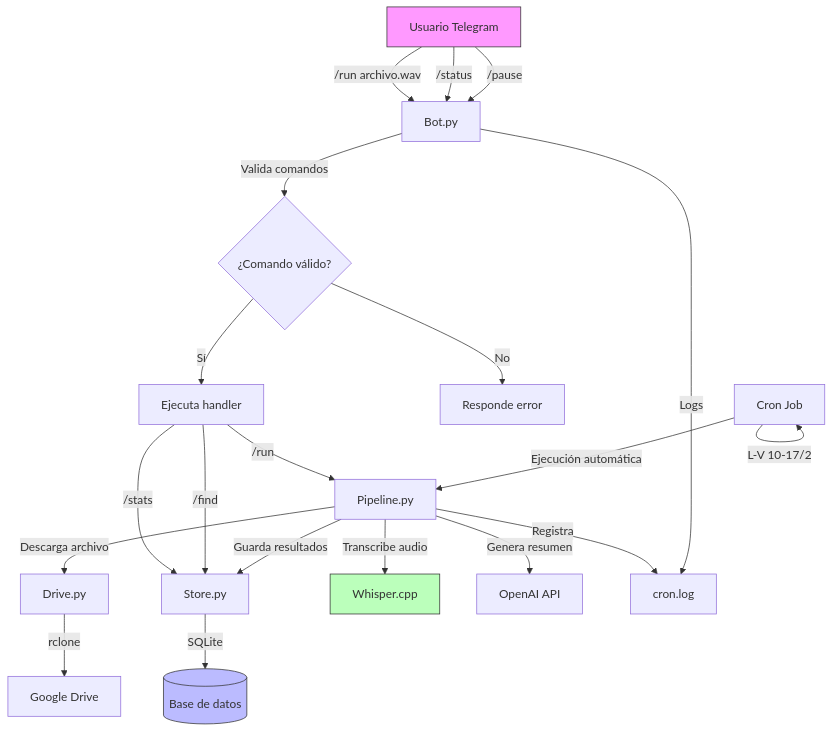
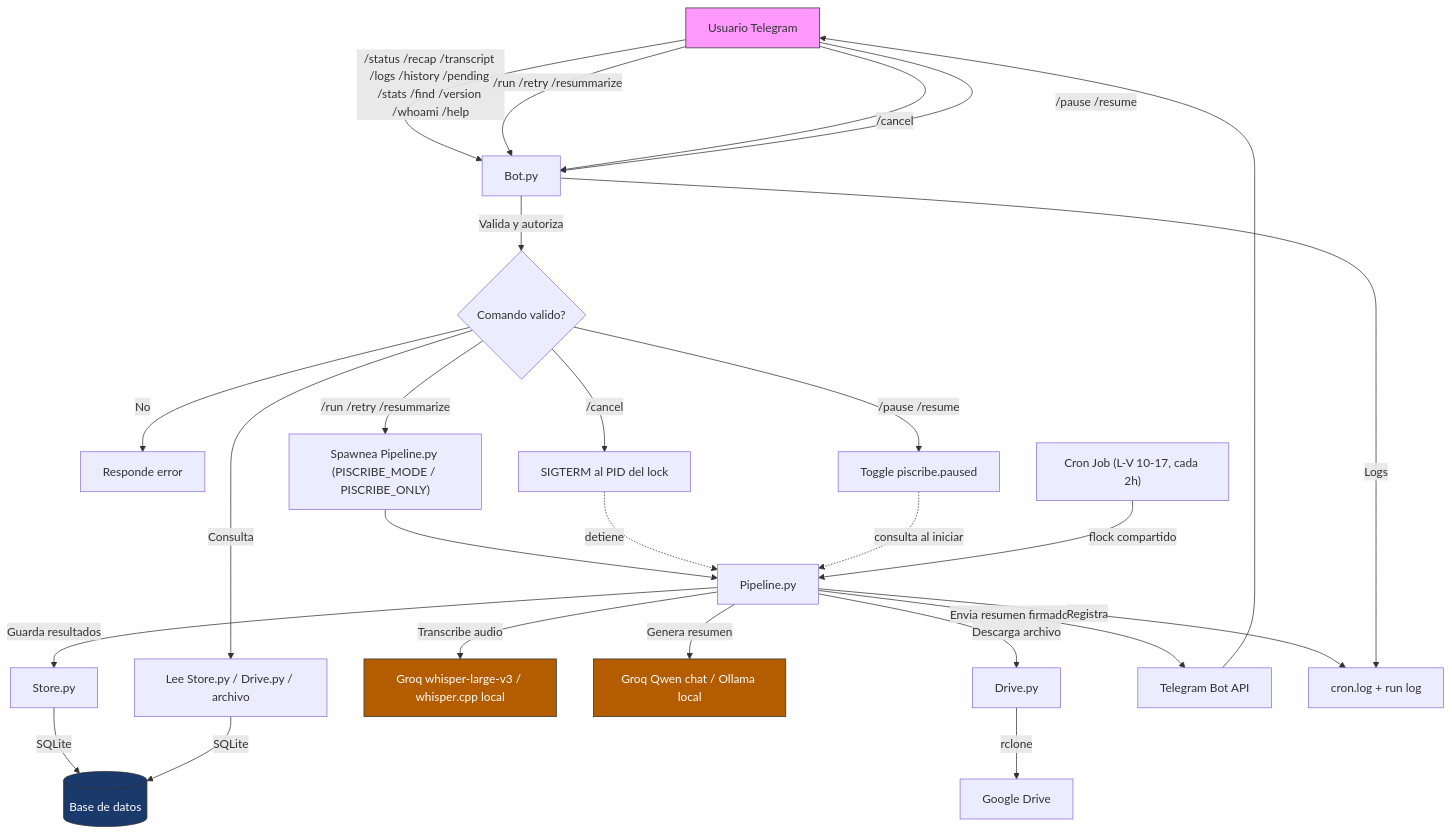
The diagram in README.md (daviidco/piscribe), drawn with Mermaid before and after one commit. The commit also changed other lines of this file and 1 other file, not shown here.

Commit message:
feat: update README and pipeline for Groq-first transcription and summarization, with Spanish labels

````diff
--- a/README.md
+++ b/README.md
@@ -251,33 +279,40 @@
 ```mermaid
 graph TD
-    A[Usuario Telegram] -->|/run archivo.wav| B[Bot.py]
-    A -->|/status| B
-    A -->|/pause| B
+    A[Usuario Telegram] -->|"/status /recap /transcript /logs /history /pending /stats /find /version /whoami /help"| B[Bot.py]
+    A -->|"/run /retry /resummarize"| B
+    A -->|"/cancel"| B
+    A -->|"/pause /resume"| B
 
-    B -->|Valida comandos| C{¿Comando válido?}
-    C -->|Sí| D[Ejecuta handler]
+    B -->|Valida y autoriza| C{Comando valido?}
     C -->|No| E[Responde error]
+    C -->|Consulta| D["Lee Store.py / Drive.py / archivo"]
+    C -->|"/run /retry /resummarize"| F2["Spawnea Pipeline.py (PISCRIBE_MODE / PISCRIBE_ONLY)"]
+    C -->|"/cancel"| P["SIGTERM al PID del lock"]
+    C -->|"/pause /resume"| Q["Toggle piscribe.paused"]
 
-    D -->|/run| F[Pipeline.py]
-    D -->|/stats| G[Store.py]
-    D -->|/find| G
+    F2 --> F[Pipeline.py]
+    P -. detiene .-> F
+    Q -. consulta al iniciar .-> F
 
     F -->|Descarga archivo| H[Drive.py]
-    F -->|Transcribe audio| I[Whisper.cpp]
-    F -->|Genera resumen| J[OpenAI API]
-    F -->|Guarda resultados| G
+    F -->|Transcribe audio| I["Groq whisper-large-v3 / whisper.cpp local"]
+    F -->|Genera resumen| J["Groq Qwen chat / Ollama local"]
+    F -->|Guarda resultados| G[Store.py]
 
     H -->|rclone| K[Google Drive]
+    G -->|SQLite| L[(Base de datos)]
+    D -->|SQLite| L
 
-    G -->|SQLite| L[(Base de datos)]
+    F -->|Envia resumen firmado| O[Telegram Bot API]
+    O --> A
 
-    M[Cron Job] -->|Ejecución automática| F
-    M -->|L-V 10-17/2| M
+    M["Cron Job (L-V 10-17, cada 2h)"] -->|flock compartido| F
 
-    F -->|Registra| N[cron.log]
+    F -->|Registra| N["cron.log + run log"]
     B -->|Logs| N
 
     style A fill:#f9f,stroke:#333
-    style L fill:#bbf,stroke:#333
-    style I fill:#bfb,stroke:#333
+    style L fill:#1a3a6b,stroke:#333,color:#fff
+    style I fill:#b35c00,stroke:#333,color:#fff
+    style J fill:#b35c00,stroke:#333,color:#fff
 ```
````
